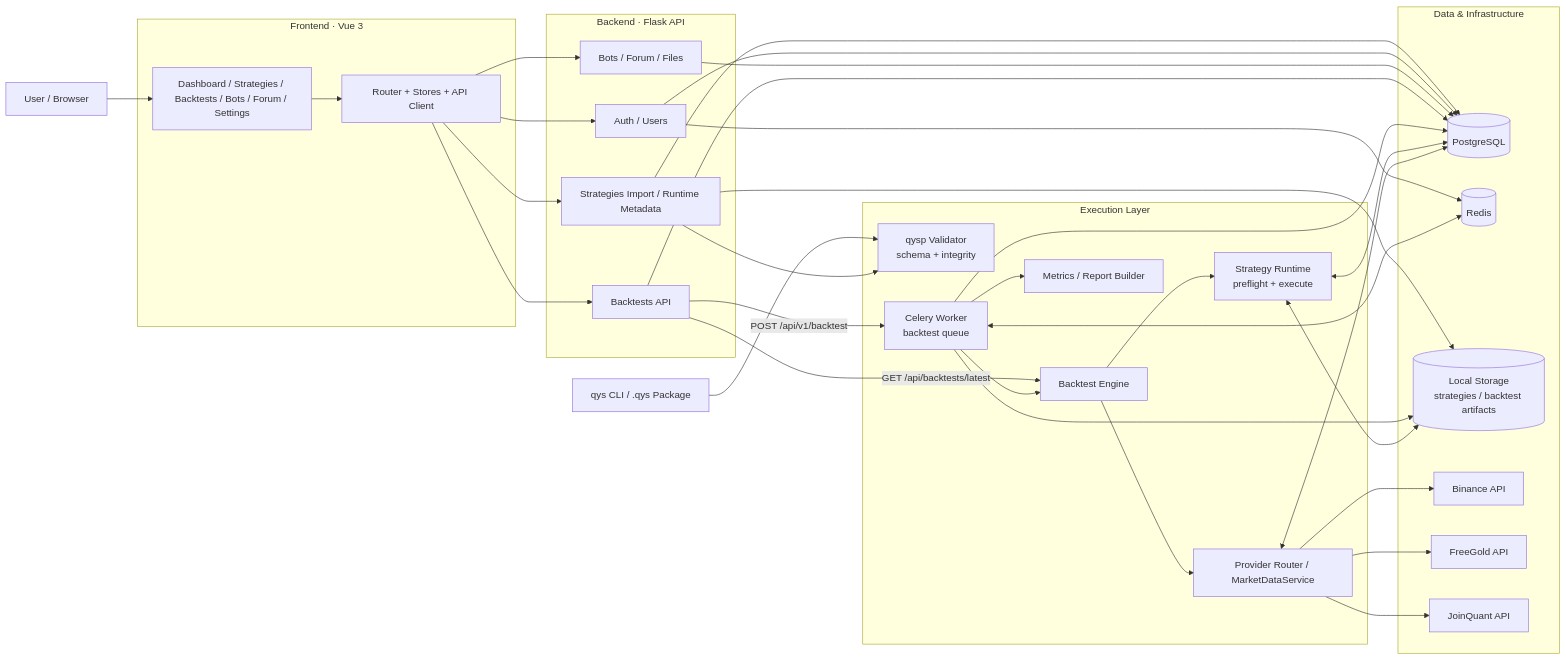
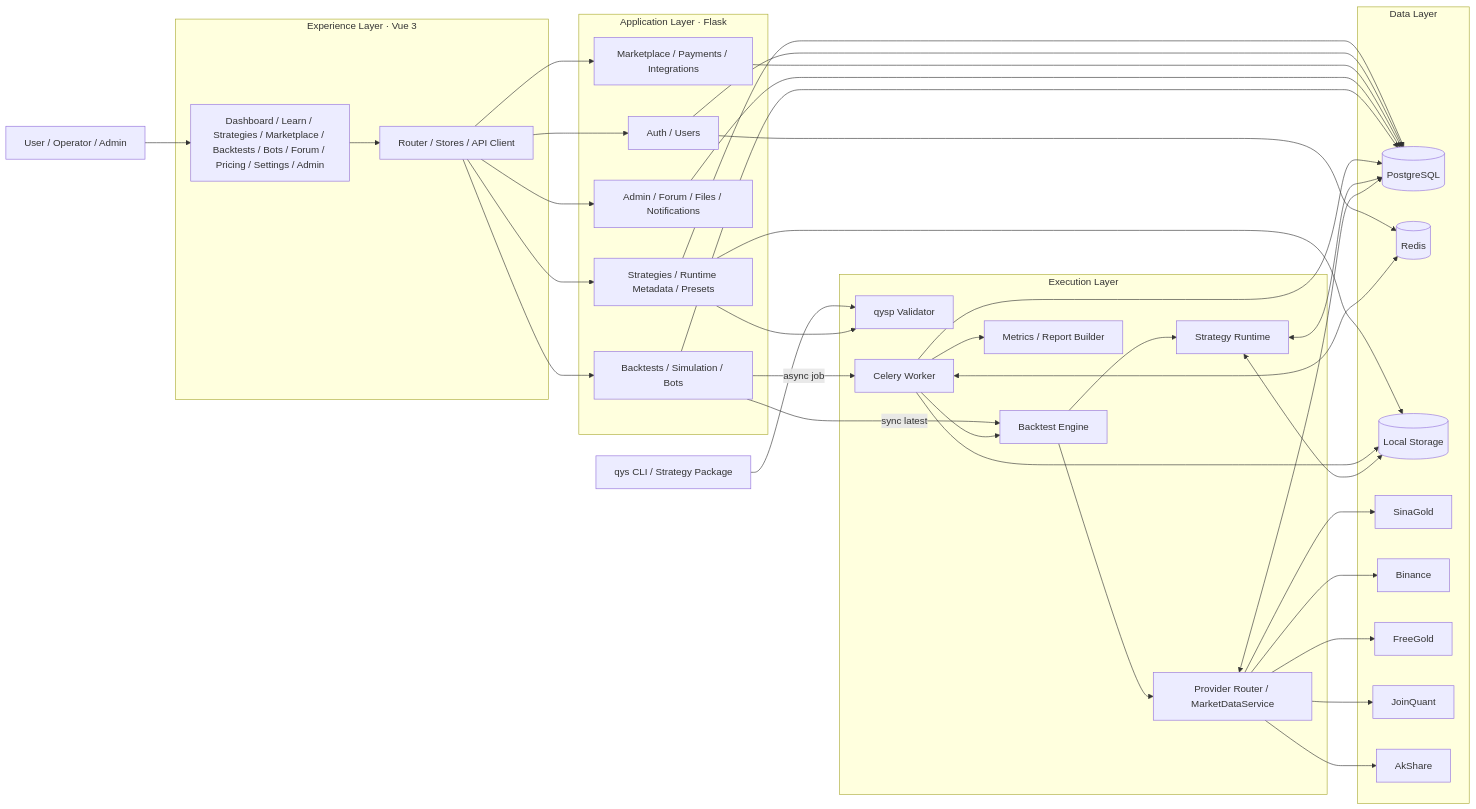
The diagram in README.en.md (MapleQiAN/QYQuant), drawn with Mermaid before and after one commit. The commit also changed other lines of this file and 1 other file, not shown here.

````diff
--- a/README.en.md
+++ b/README.en.md
@@ -69,70 +84,77 @@
 ```mermaid
 flowchart LR
-    user["User / Browser"]
-    cli["qys CLI / .qys Package"]
+    user["User / Operator / Admin"]
+    cli["qys CLI / Strategy Package"]
 
-    subgraph frontend["Frontend · Vue 3"]
-        web["Dashboard / Strategies / Backtests / Bots / Forum / Settings"]
-        client["Router + Stores + API Client"]
+    subgraph experience["Experience Layer · Vue 3"]
+        web["Dashboard / Learn / Strategies / Marketplace / Backtests / Bots / Forum / Pricing / Settings / Admin"]
+        client["Router / Stores / API Client"]
     end
 
-    subgraph backend["Backend · Flask API"]
+    subgraph api["Application Layer · Flask"]
         auth["Auth / Users"]
-        strategies["Strategies Import / Runtime Metadata"]
-        backtests["Backtests API"]
-        community["Bots / Forum / Files"]
+        strategy["Strategies / Runtime Metadata / Presets"]
+        market["Marketplace / Payments / Integrations"]
+        execution["Backtests / Simulation / Bots"]
+        governance["Admin / Forum / Files / Notifications"]
     end
 
     subgraph runtime["Execution Layer"]
-        validator["qysp Validator<br/>schema + integrity"]
+        validator["qysp Validator"]
         engine["Backtest Engine"]
-        strategyRuntime["Strategy Runtime<br/>preflight + execute"]
-        worker["Celery Worker<br/>backtest queue"]
-        market["Provider Router / MarketDataService"]
+        runtimeSvc["Strategy Runtime"]
+        worker["Celery Worker"]
+        providerRouter["Provider Router / MarketDataService"]
         report["Metrics / Report Builder"]
     end
 
-    subgraph infra["Data & Infrastructure"]
+    subgraph data["Data Layer"]
         pg[("PostgreSQL")]
         redis[("Redis")]
-        storage[("Local Storage<br/>strategies / backtest artifacts")]
-        binance["Binance API"]
-        freegold["FreeGold API"]
-        joinquant["JoinQuant API"]
+        storage[("Local Storage")]
+        sinagold["SinaGold"]
+        binance["Binance"]
+        freegold["FreeGold"]
+        joinquant["JoinQuant"]
+        akshare["AkShare"]
     end
 
     user --> web --> client
     client --> auth
-    client --> strategies
-    client --> backtests
-    client --> community
+    client --> strategy
+    client --> market
+    client --> execution
+    client --> governance
 
     cli --> validator
-    strategies --> validator
-    strategies --> storage
-    strategies --> pg
+    strategy --> validator
+    strategy --> storage
+    strategy --> pg
 
     auth --> pg
     auth --> redis
-    community --> pg
+    market --> pg
+    governance --> pg
 
-    backtests -->|"GET /api/backtests/latest"| engine
-    backtests -->|"POST /api/v1/backtest"| worker
-    backtests --> pg
+    execution -->|"sync latest"| engine
+    execution -->|"async job"| worker
+    execution --> pg
 
     worker <--> redis
     worker --> engine
     worker --> report
     worker --> storage
     worker --> pg
 
-    engine --> strategyRuntime
-    engine --> market
-    strategyRuntime <--> storage
-    strategyRuntime <--> pg
+    engine --> runtimeSvc
+    engine --> providerRouter
+    runtimeSvc <--> storage
+    runtimeSvc <--> pg
 
-    market --> binance
-    market --> freegold
-    market --> joinquant
-    market <--> pg
+    providerRouter --> sinagold
+    providerRouter --> binance
+    providerRouter --> freegold
+    providerRouter --> joinquant
+    providerRouter --> akshare
+    providerRouter <--> pg
 ```
````
